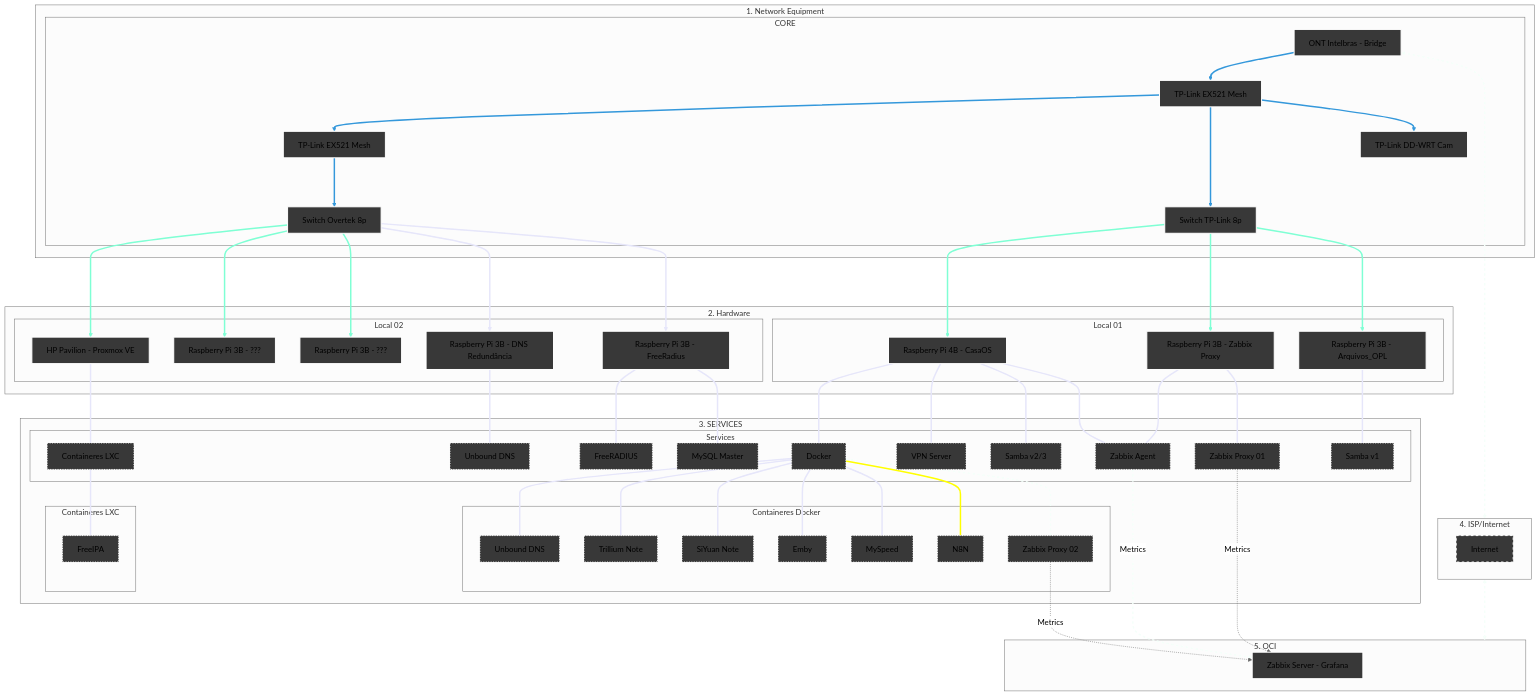
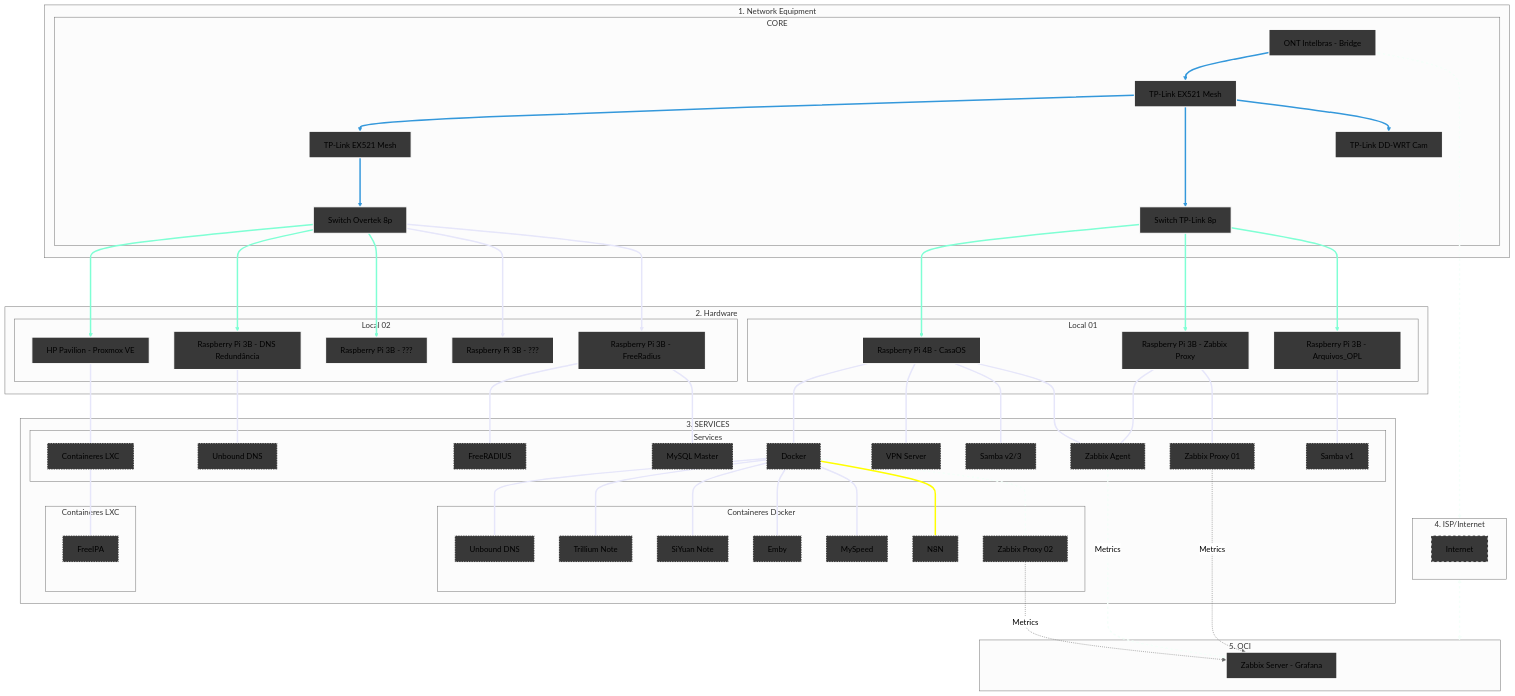
The diagram in Infrastructure/README.md (kevindexter22/Dr-Hardware-Autonet), drawn with Mermaid (neutral theme) before and after one commit. The commit also changed other lines of this file, not shown here.

First line of the commit message:
Fix duplicate entry for RPi3B_4 in README

```diff
--- a/Infrastructure/README.md
+++ b/Infrastructure/README.md
@@ -39,9 +39,9 @@
     end
     subgraph S3 [Local 02]
         SW2 ---> HP[HP Pavilion - Proxmox VE]:::hardware
+        SW2 ---> RPi3B_4[Raspberry Pi 3B - DNS Redundância]:::hardware
         SW2 ---> RPi3B_5[Raspberry Pi 3B - ???]:::hardware
         SW2 ---> RPi3B_6[Raspberry Pi 3B - ???]:::hardware
-        SW2 ---> RPi3B_4[Raspberry Pi 3B - DNS Redundância]:::hardware
         SW2 ---> RPi3B_3[Raspberry Pi 3B - FreeRadius]:::hardware
     end
     end
```
